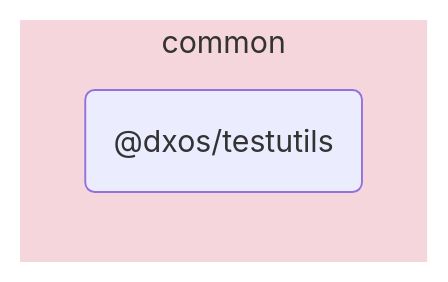
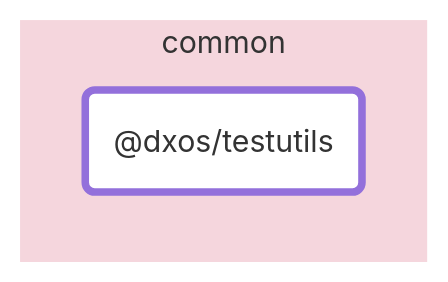
The diagram in packages/common/testutils/docs/README.md (dxos/dxos), drawn with Mermaid before and after one commit. The commit also changed other lines of this file and 88 other files, not shown here.

````diff
--- a/packages/common/testutils/docs/README.md
+++ b/packages/common/testutils/docs/README.md
@@ -5,9 +7,12 @@
 ```mermaid
 flowchart LR;
+
+style dxos/testutils fill:#fff,stroke-width:4px;
+
 
 subgraph common
   style common fill:#f5d6dd,stroke:#fff;
   dxos/testutils("@dxos/testutils");
 end
 
 ```
````
